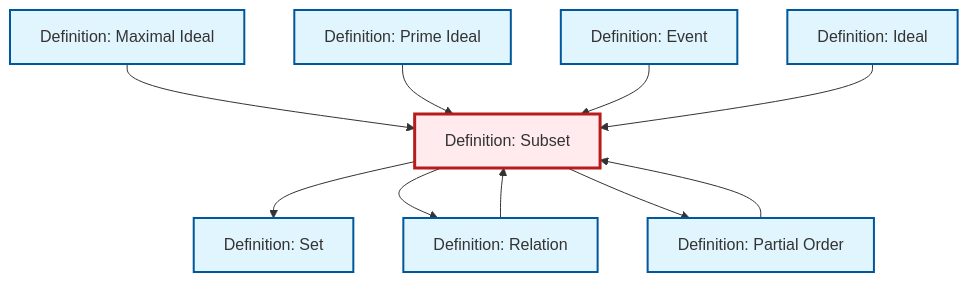
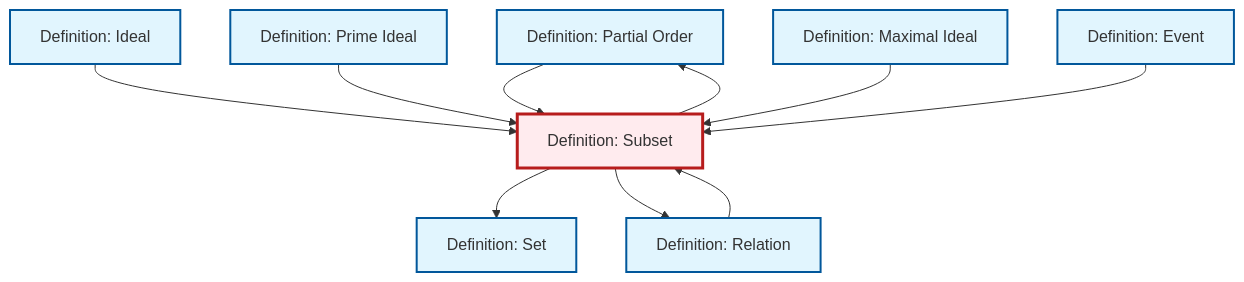
The diagram in content/en/logic-set-theory/def-subset.qmd (RK0429/ModernMath), drawn with Mermaid before and after one commit. The commit also changed other lines of this file and 672 other files, not shown here.

````diff
--- a/content/en/logic-set-theory/def-subset.qmd
+++ b/content/en/logic-set-theory/def-subset.qmd
@@ -51,34 +51,34 @@
 ```{mermaid}
 %%| fig-cap: "Local dependency graph"
 graph TD
     classDef definition fill:#e1f5fe,stroke:#01579b,stroke-width:2px
     classDef theorem fill:#f3e5f5,stroke:#4a148c,stroke-width:2px
     classDef axiom fill:#fff3e0,stroke:#e65100,stroke-width:2px
     classDef example fill:#e8f5e9,stroke:#1b5e20,stroke-width:2px
     classDef current fill:#ffebee,stroke:#b71c1c,stroke-width:3px
+    def-set["Definition: Set"]:::definition
+    def-partial-order["Definition: Partial Order"]:::definition
     def-maximal-ideal["Definition: Maximal Ideal"]:::definition
+    def-event["Definition: Event"]:::definition
     def-subset["Definition: Subset"]:::definition
-    def-partial-order["Definition: Partial Order"]:::definition
-    def-set["Definition: Set"]:::definition
     def-prime-ideal["Definition: Prime Ideal"]:::definition
-    def-event["Definition: Event"]:::definition
     def-ideal["Definition: Ideal"]:::definition
     def-relation["Definition: Relation"]:::definition
+    def-partial-order --> def-subset
+    def-ideal --> def-subset
+    def-prime-ideal --> def-subset
     def-maximal-ideal --> def-subset
+    def-subset --> def-partial-order
+    def-relation --> def-subset
     def-subset --> def-set
-    def-prime-ideal --> def-subset
+    def-subset --> def-relation
     def-event --> def-subset
-    def-relation --> def-subset
-    def-subset --> def-relation
-    def-ideal --> def-subset
-    def-subset --> def-partial-order
-    def-partial-order --> def-subset
     class def-subset current
+    click def-set "def-set.html" "Go to Set definition"
+    click def-partial-order "def-partial-order.html" "Go to Partial Order definition"
     click def-maximal-ideal "def-maximal-ideal.html" "Go to Maximal Ideal definition"
-    click def-partial-order "def-partial-order.html" "Go to Partial Order definition"
-    click def-set "def-set.html" "Go to Set definition"
+    click def-event "def-event.html" "Go to Event definition"
     click def-prime-ideal "def-prime-ideal.html" "Go to Prime Ideal definition"
-    click def-event "def-event.html" "Go to Event definition"
     click def-ideal "def-ideal.html" "Go to Ideal definition"
     click def-relation "def-relation.html" "Go to Relation definition"
 ```
````
